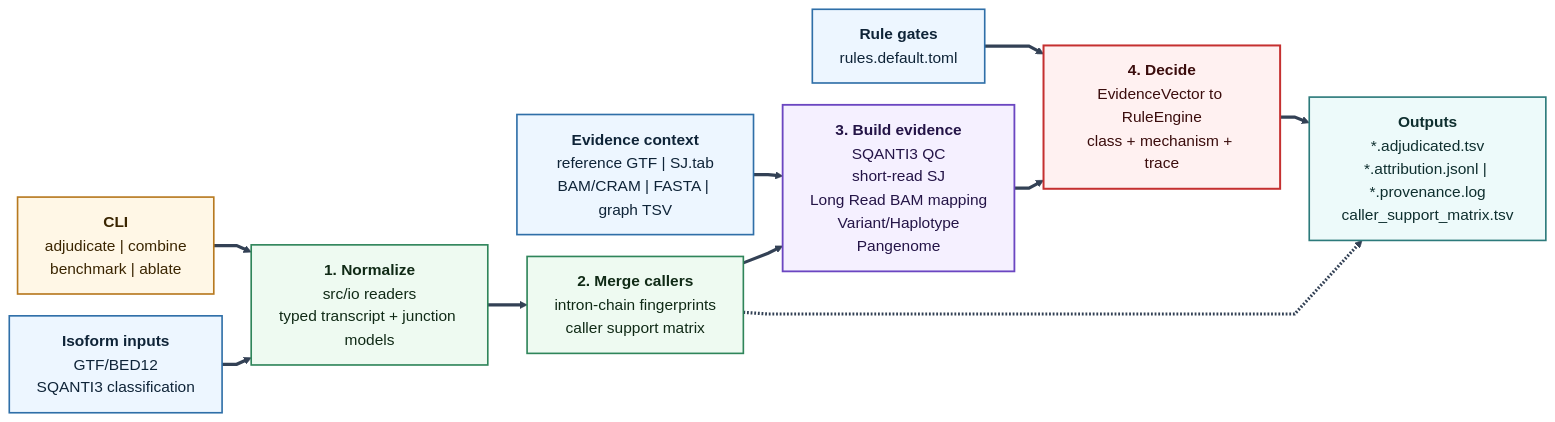
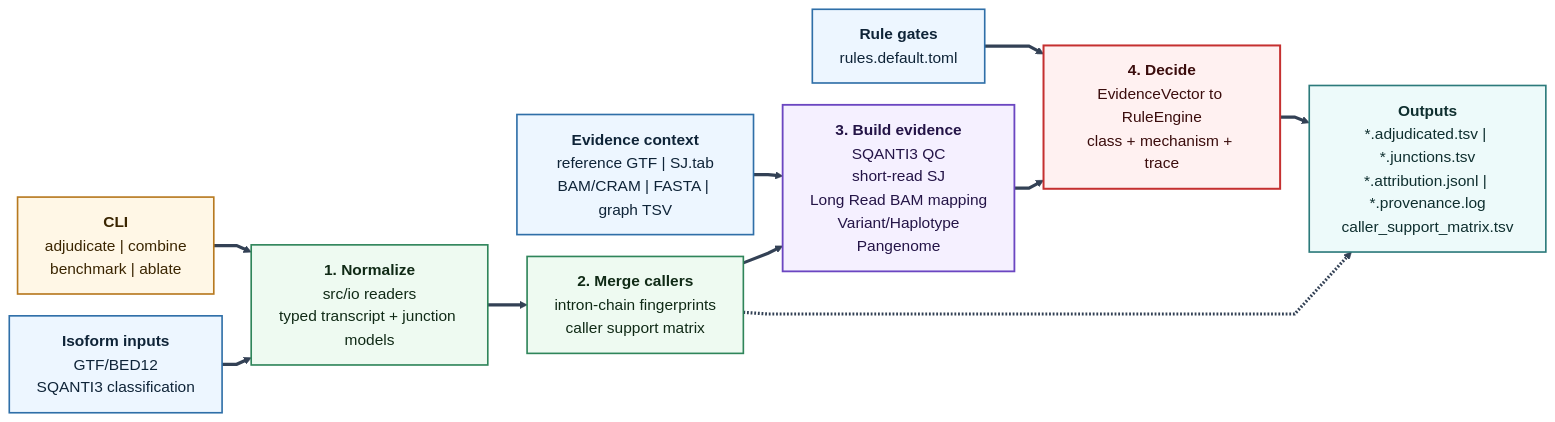
Before and after one commit to jibeomko/PanIsoGuard: the diagram in README.md, drawn with Mermaid. The commit also changed other lines of this file and 30 other files, not shown here.

````diff
--- a/README.md
+++ b/README.md
@@ -524,39 +525,39 @@
 ```mermaid
 %%{init: {"theme": "base", "themeCSS": "svg { background: #ffffff; }", "themeVariables": {"background": "#ffffff", "mainBkg": "#ffffff", "fontSize": "17px", "fontFamily": "Arial, sans-serif", "primaryTextColor": "#111827", "lineColor": "#334155", "arrowheadColor": "#334155"}, "flowchart": {"htmlLabels": true, "curve": "linear", "nodeSpacing": 24, "rankSpacing": 32}}}%%
 flowchart LR
   CLI["<b>CLI</b><br/>adjudicate | combine<br/>benchmark | ablate"]
   Iso["<b>Isoform inputs</b><br/>GTF/BED12<br/>SQANTI3 classification"]
   Context["<b>Evidence context</b><br/>reference GTF | SJ.tab<br/>BAM/CRAM | FASTA | graph TSV"]
   Rules["<b>Rule gates</b><br/>rules.default.toml"]
 
   Normalize["<b>1. Normalize</b><br/>src/io readers<br/>typed transcript + junction models"]
   Consensus["<b>2. Merge callers</b><br/>intron-chain fingerprints<br/>caller support matrix"]
   Evidence["<b>3. Build evidence</b><br/>SQANTI3 QC<br/>short‑read SJ<br/>Long Read BAM mapping<br/>Variant/Haplotype<br/>Pangenome"]
   Decide["<b>4. Decide</b><br/>EvidenceVector to RuleEngine<br/>class + mechanism + trace"]
-  Outputs["<b>Outputs</b><br/>*.adjudicated.tsv<br/>*.attribution.jsonl | *.provenance.log<br/>caller_support_matrix.tsv"]
+  Outputs["<b>Outputs</b><br/>*.adjudicated.tsv | *.junctions.tsv<br/>*.attribution.jsonl | *.provenance.log<br/>caller_support_matrix.tsv"]
 
   CLI --> Normalize
   Iso --> Normalize
   Normalize --> Consensus
   Consensus --> Evidence
   Evidence --> Decide
   Decide --> Outputs
   Context --> Evidence
   Rules --> Decide
   Consensus -.-> Outputs
 
   classDef command fill:#fff7e6,stroke:#b7791f,stroke-width:1.8px,color:#3a2500,font-size:17px;
   classDef input fill:#edf6ff,stroke:#2f6fa8,stroke-width:1.8px,color:#0f2438,font-size:17px;
   classDef process fill:#eefaf1,stroke:#2f855a,stroke-width:1.8px,color:#102a16,font-size:17px;
   classDef evidence fill:#f5f0ff,stroke:#6b46c1,stroke-width:2px,color:#241447,font-size:17px;
   classDef decision fill:#fff1f1,stroke:#c53030,stroke-width:2.2px,color:#3b0d0d,font-size:17px;
   classDef output fill:#edfafa,stroke:#2c7a7b,stroke-width:1.8px,color:#0f2f2f,font-size:17px;
 
   class CLI command;
   class Iso,Context,Rules input;
   class Normalize,Consensus process;
   class Evidence evidence;
   class Decide decision;
   class Outputs output;
   linkStyle default stroke:#334155,stroke-width:3.5px;
 ```
````
